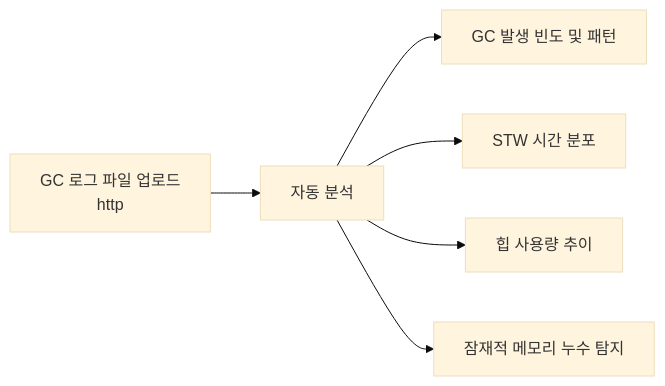
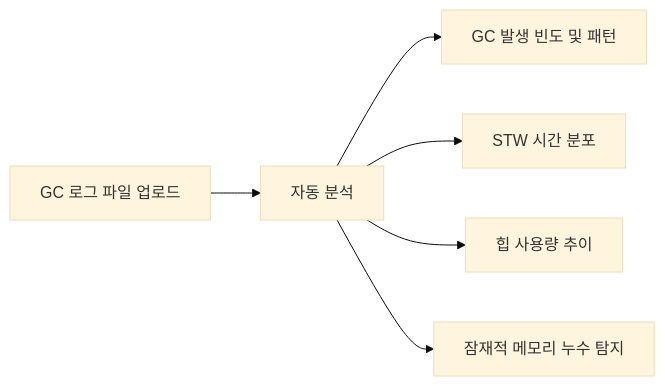
Before and after one commit to yjkim2015/yjkim2015.github.io: diagram 23 of 29 in _posts/java/2026-05-01-java-garbage-collector.md, drawn with Mermaid (base theme). The commit also changed other lines of this file and 217 other files, not shown here.

First line of the commit message:
Mermaid 크기 수정: useMaxWidth:true + SVG max-width:100% + 라벨 축소

````diff
--- a/_posts/java/2026-05-01-java-garbage-collector.md
+++ b/_posts/java/2026-05-01-java-garbage-collector.md
@@ -574,8 +574,8 @@
 ```mermaid
 graph LR
-    UPLOAD["GC 로그 파일 업로드\nhttp"] --> ANALYZE["자동 분석"]
+    UPLOAD["GC 로그 파일 업로드"] --> ANALYZE["자동 분석"]
     ANALYZE --> R1["GC 발생 빈도 및 패턴"]
     ANALYZE --> R2["STW 시간 분포"]
     ANALYZE --> R3["힙 사용량 추이"]
     ANALYZE --> R4["잠재적 메모리 누수 탐지"]
 ```
````
